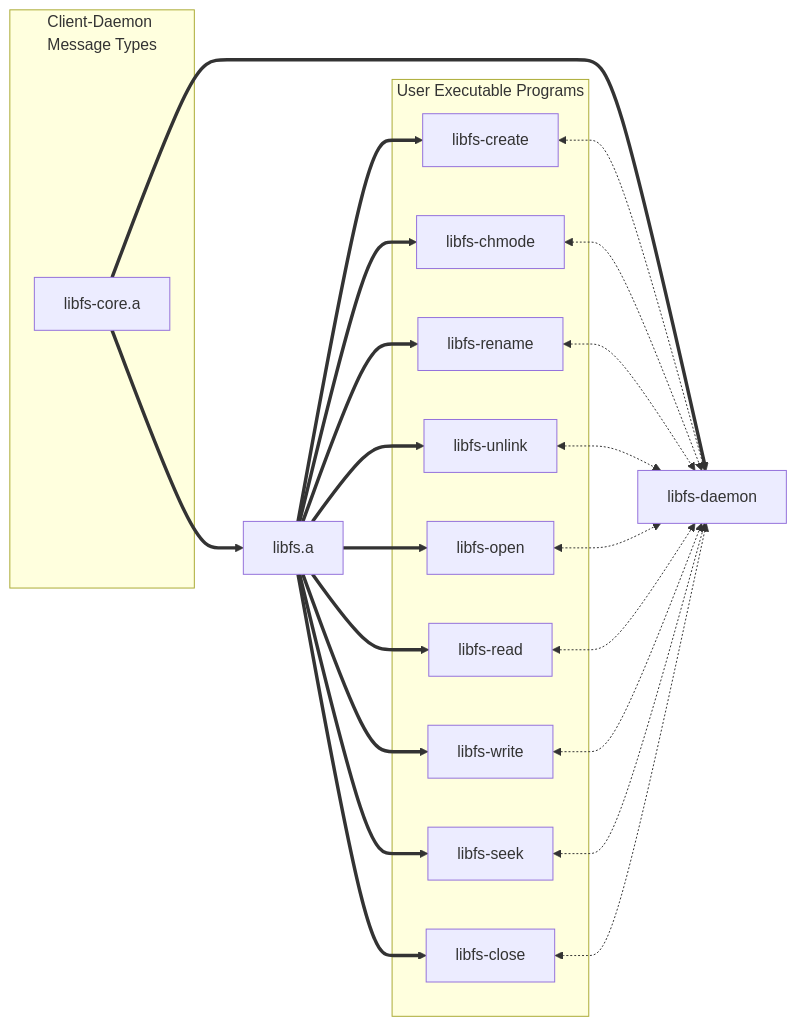
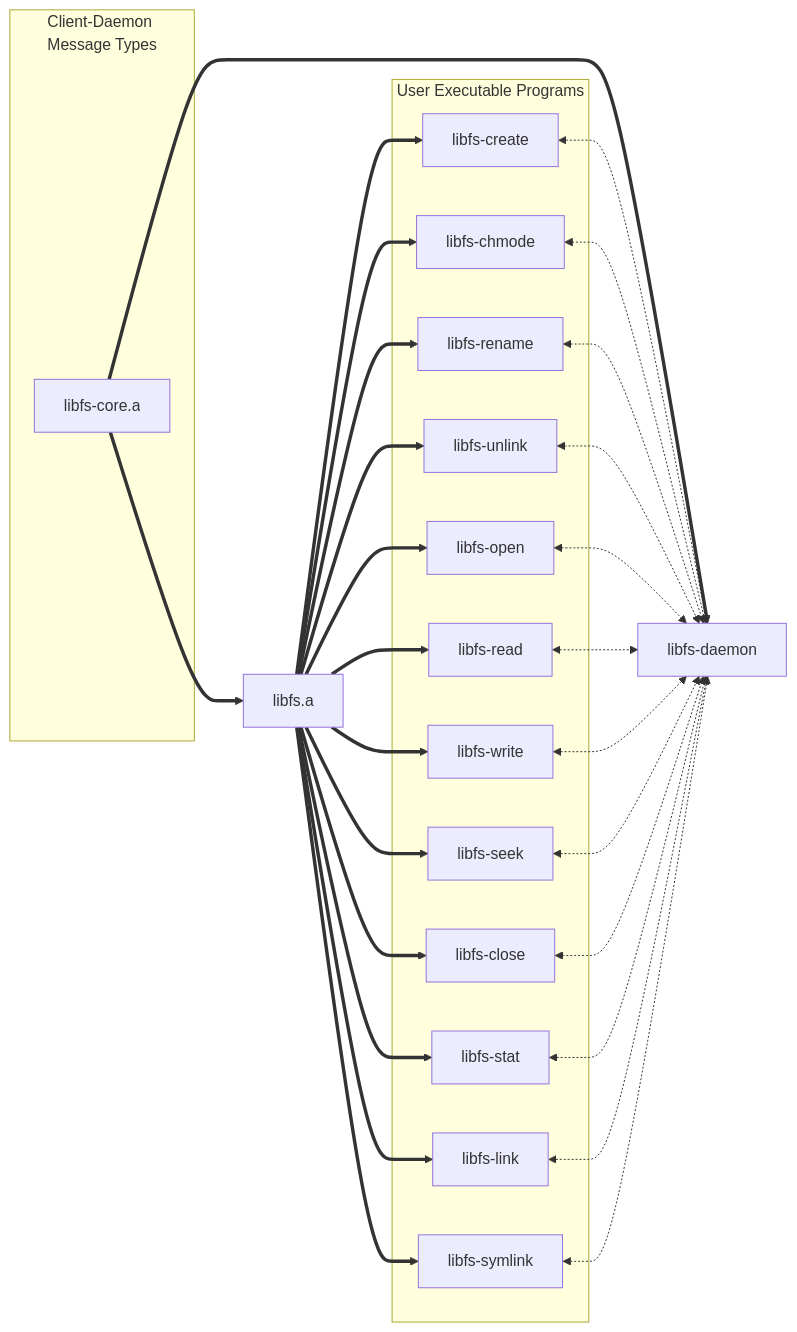
One commit to bartlomiejkrawczyk/UXP1A-23L changed the second of 2 diagrams in README.md. Above: the diagram before and after it, drawn with Mermaid. The commit also changed 10 other files, not shown here.

````diff
--- a/README.md
+++ b/README.md
@@ -255,42 +255,51 @@
 ```mermaid
 flowchart LR
     subgraph Client-Daemon\nMessage Types
         libfs-core[libfs-core.a]
     end
 
     subgraph User Executable Programs
         libfs-create
         libfs-chmode
         libfs-rename
         libfs-unlink
         libfs-open
         libfs-read
         libfs-write
         libfs-seek
         libfs-close
+        libfs-stat
+        libfs-link
+        libfs-symlink
     end
 
     libfs-core ==> ld[libfs-daemon]
 
     libfs-core ==> libfs[libfs.a]
 
     libfs ==> libfs-create
     libfs ==> libfs-chmode
     libfs ==> libfs-rename
     libfs ==> libfs-unlink
     libfs ==> libfs-open
     libfs ==> libfs-read
     libfs ==> libfs-write
     libfs ==> libfs-seek
     libfs ==> libfs-close
+    libfs ==> libfs-stat
+    libfs ==> libfs-link
+    libfs ==> libfs-symlink
 
     libfs-create <-.-> ld
     libfs-chmode <-.-> ld
     libfs-rename <-.-> ld
     libfs-unlink <-.-> ld
     libfs-open <-.-> ld
     libfs-read <-.-> ld
     libfs-write <-.-> ld
     libfs-seek <-.-> ld
     libfs-close <-.-> ld
+    libfs-stat <-.-> ld
+    libfs-link <-.-> ld
+    libfs-symlink <-.-> ld
 ```
````
